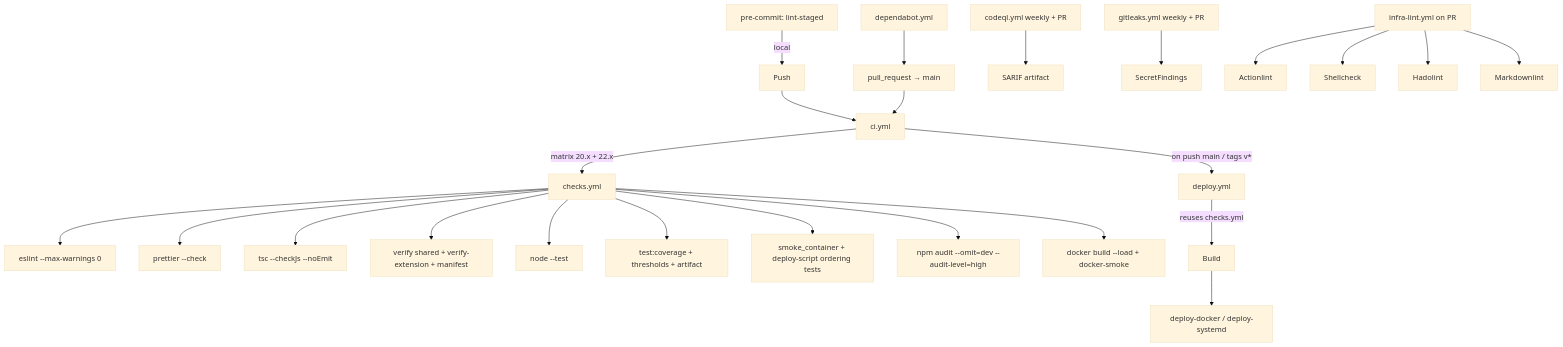
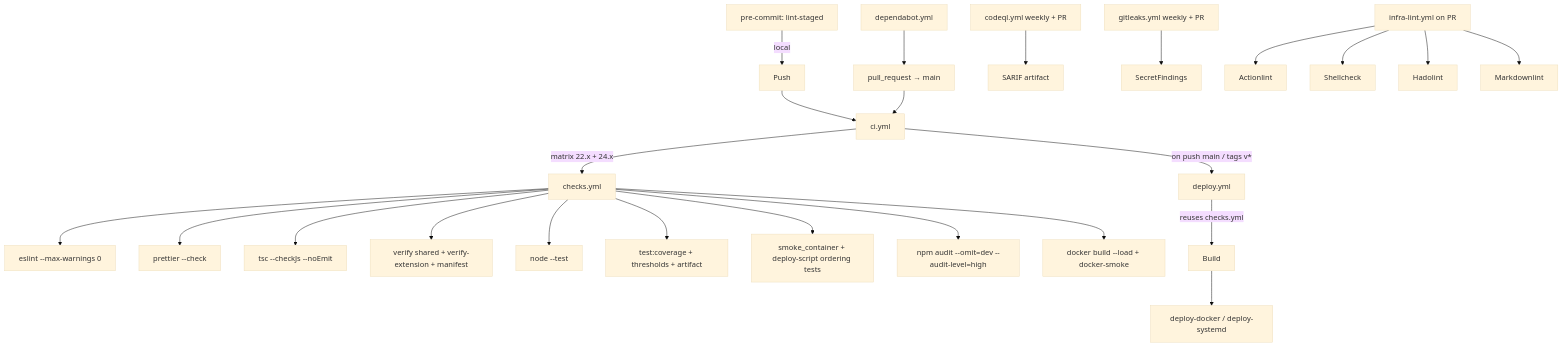
Before and after one commit to ksandrpetrov/plaud-server-exporter: the diagram in docs/quality-gate.md, drawn with Mermaid (base theme). The commit also changed other lines of this file and 52 other files, not shown here.

````diff
--- a/docs/quality-gate.md
+++ b/docs/quality-gate.md
@@ -19,26 +19,26 @@
 ```mermaid
 flowchart TD
   PreCommit[pre-commit: lint-staged] -->|local| Push
   Push --> CI[ci.yml]
   PR[pull_request → main] --> CI
-  CI -->|matrix 20.x + 22.x| Reusable[checks.yml]
+  CI -->|matrix 22.x + 24.x| Reusable[checks.yml]
   Reusable --> Lint[eslint --max-warnings 0]
   Reusable --> Format[prettier --check]
   Reusable --> Types[tsc --checkJs --noEmit]
   Reusable --> Verify[verify shared + verify-extension + manifest]
   Reusable --> Tests[node --test]
   Reusable --> Cov[test:coverage + thresholds + artifact]
   Reusable --> Smoke[smoke_container + deploy-script ordering tests]
   Reusable --> Audit[npm audit --omit=dev --audit-level=high]
   Reusable --> Docker[docker build --load + docker-smoke]
   CodeQL[codeql.yml weekly + PR] --> SarifArtifact[SARIF artifact]
   Gitleaks[gitleaks.yml weekly + PR] --> SecretFindings
   Infra[infra-lint.yml on PR] --> Actionlint
   Infra --> Shellcheck
   Infra --> Hadolint
   Infra --> Markdownlint
   Dependabot[dependabot.yml] --> PR
   CI -->|on push main / tags v*| Deploy[deploy.yml]
   Deploy -->|reuses checks.yml| Build
   Build --> DeploySSH[deploy-docker / deploy-systemd]
 ```
````
